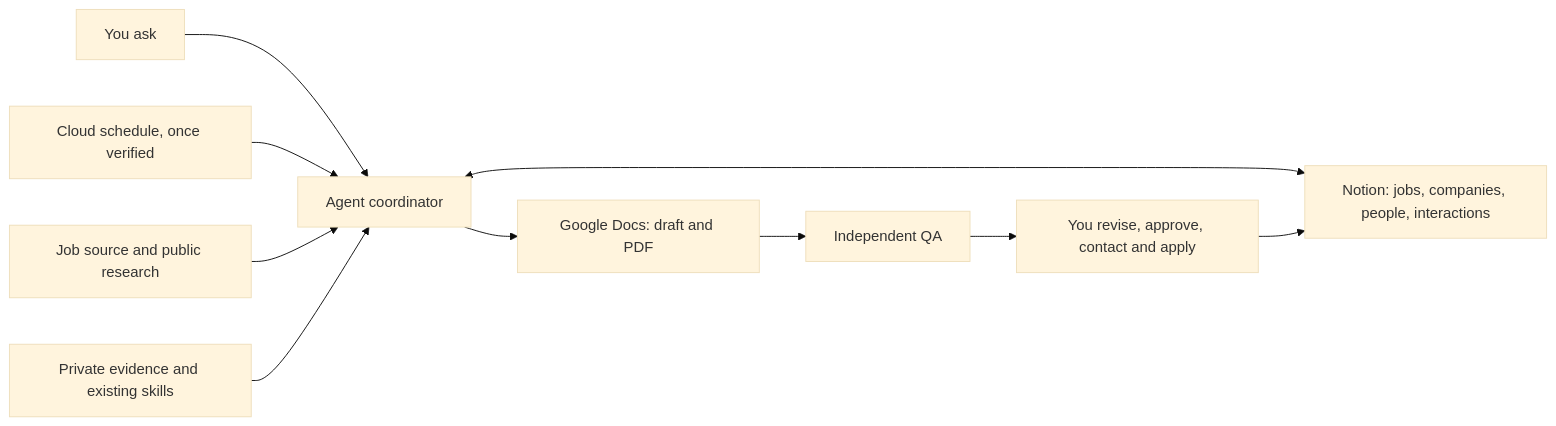
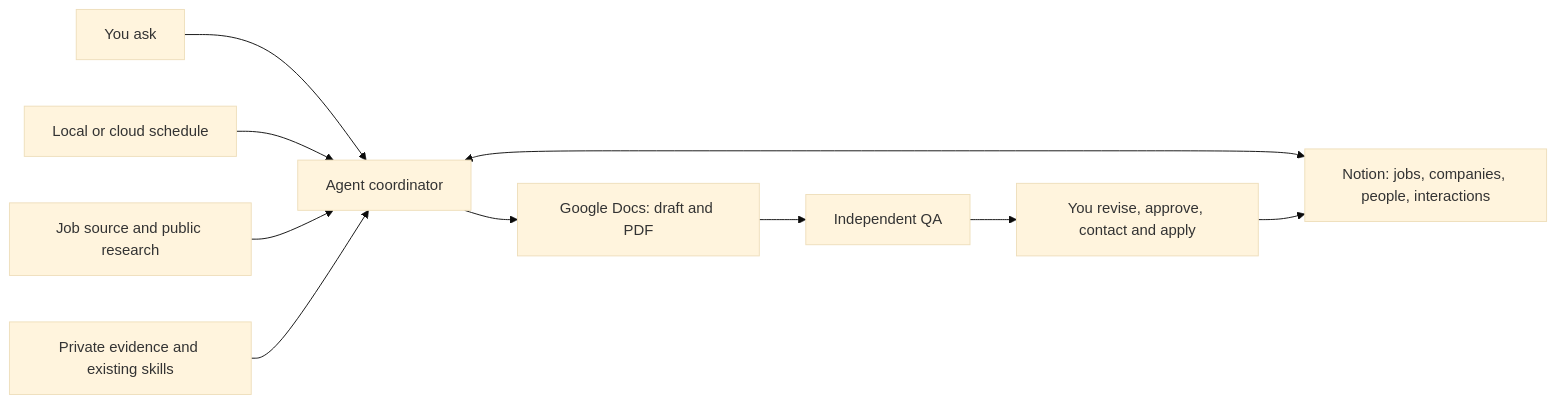
Before and after one commit to hieu-nguyen-nth/personal-recruiting-system: the diagram in README.md, drawn with Mermaid (base theme). The commit also changed other lines of this file and 9 other files, not shown here.

Commit message:
Document explicit local and cloud scheduling choices

````diff
--- a/README.md
+++ b/README.md
@@ -11,12 +11,12 @@
 ```mermaid
 flowchart LR
     A[You ask] --> C[Agent coordinator]
-    B[Cloud schedule, once verified] --> C
+    B[Local or cloud schedule] --> C
     S[Job source and public research] --> C
     C <--> N[Notion: jobs, companies, people, interactions]
     P[Private evidence and existing skills] --> C
     C --> D[Google Docs: draft and PDF]
     D --> Q[Independent QA]
     Q --> H[You revise, approve, contact and apply]
     H --> N
 ```
````
